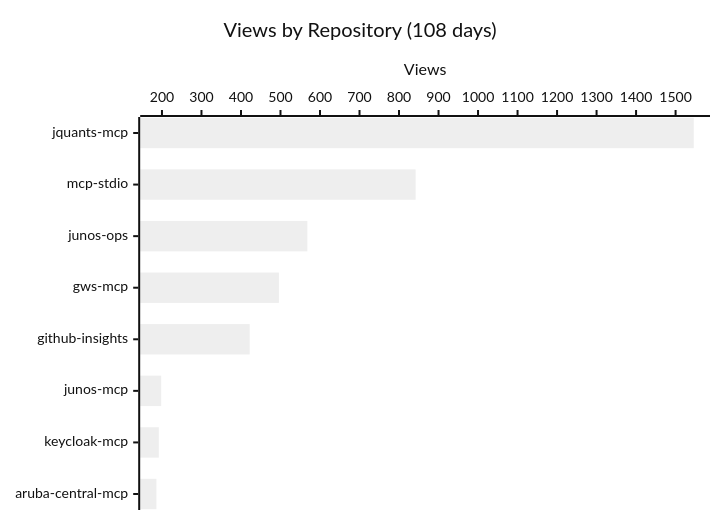
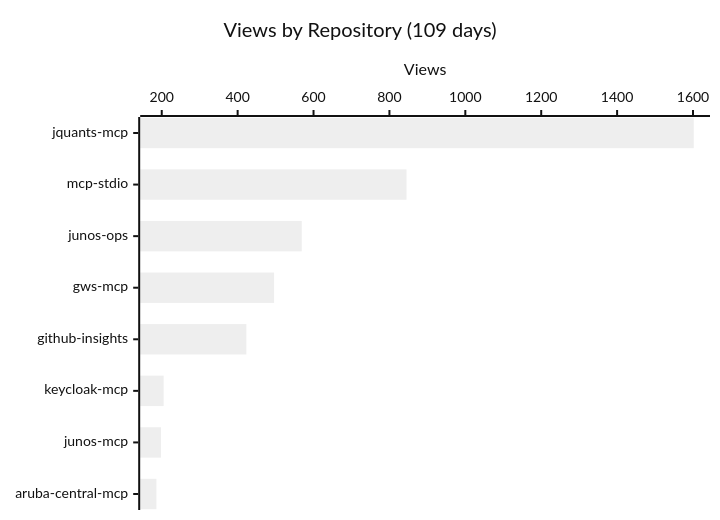
Before and after one commit to shigechika/github-insights: the first of 3 diagrams in README.md, drawn with Mermaid (neutral theme). The commit also changed other lines of this file and 2 other files, not shown here.

````diff
--- a/README.md
+++ b/README.md
@@ -18,7 +18,7 @@
 ```mermaid
 xychart-beta horizontal
-    title "Views by Repository (108 days)"
-    x-axis ["jquants-mcp", "mcp-stdio", "junos-ops", "gws-mcp", "github-insights", "junos-mcp", "keycloak-mcp", "aruba-central-mcp"]
+    title "Views by Repository (109 days)"
+    x-axis ["jquants-mcp", "mcp-stdio", "junos-ops", "gws-mcp", "github-insights", "keycloak-mcp", "junos-mcp", "aruba-central-mcp"]
     y-axis "Views"
-    bar [1546, 842, 568, 496, 422, 198, 192, 186]
+    bar [1602, 845, 569, 496, 423, 205, 198, 186]
 ```
````
